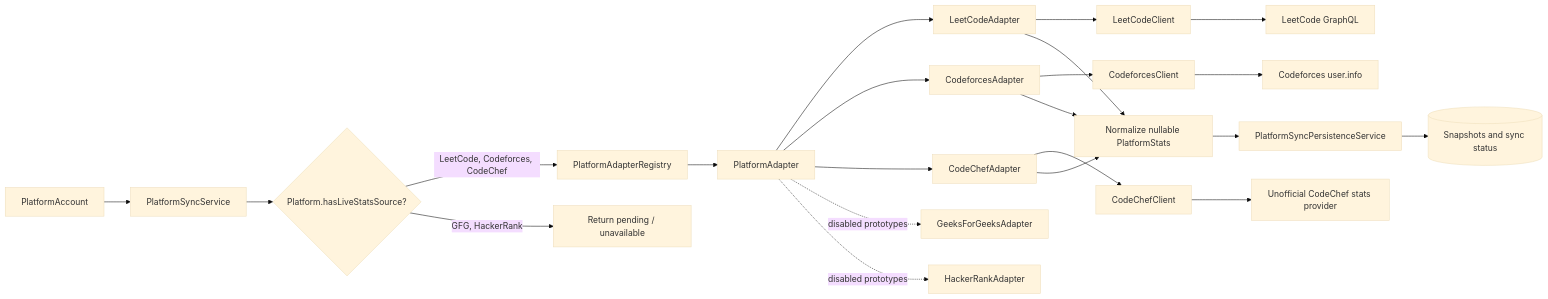
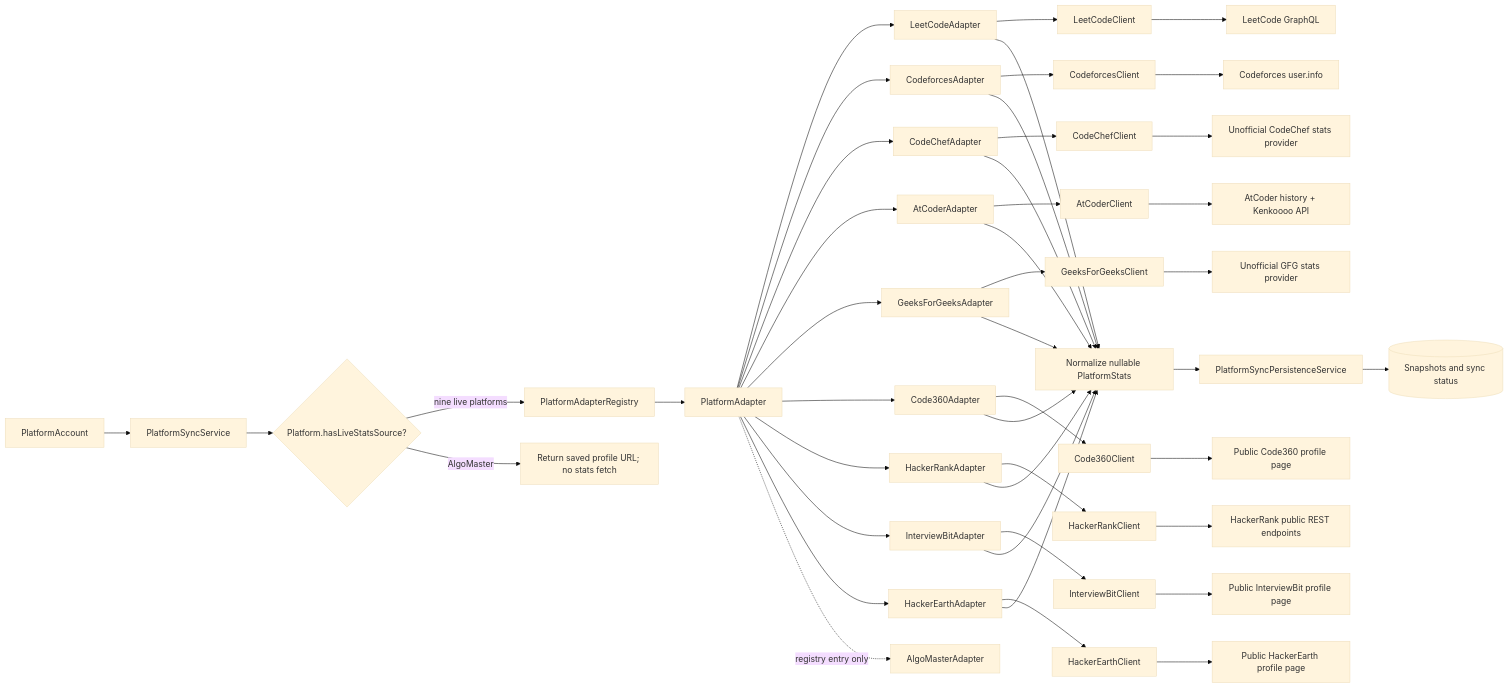
The sixth of 11 diagrams in README.md (sajalgoyal007/KodBTW), drawn with Mermaid (base theme) before and after one commit. The commit also changed other lines of this file and 83 other files, not shown here.

First line of the commit message:
feat: add multi-platform profile adapters for all ten platforms

````diff
--- a/README.md
+++ b/README.md
@@ -290,24 +301,47 @@
 ```mermaid
 flowchart LR
   Account[PlatformAccount] --> Sync[PlatformSyncService]
   Sync --> Gate{Platform.hasLiveStatsSource?}
-  Gate -->|LeetCode, Codeforces, CodeChef| Registry[PlatformAdapterRegistry]
-  Gate -->|GFG, HackerRank| Pending[Return pending / unavailable]
+  Gate -->|nine live platforms| Registry[PlatformAdapterRegistry]
+  Gate -->|AlgoMaster| LinkOnly[Return saved profile URL; no stats fetch]
   Registry --> Interface[PlatformAdapter]
   Interface --> LC[LeetCodeAdapter]
   Interface --> CF[CodeforcesAdapter]
   Interface --> CC[CodeChefAdapter]
-  Interface -. disabled prototypes .-> GFG[GeeksForGeeksAdapter]
-  Interface -. disabled prototypes .-> HR[HackerRankAdapter]
+  Interface --> AC[AtCoderAdapter]
+  Interface --> GFG[GeeksForGeeksAdapter]
+  Interface --> C360[Code360Adapter]
+  Interface --> HR[HackerRankAdapter]
+  Interface --> IB[InterviewBitAdapter]
+  Interface --> HE[HackerEarthAdapter]
+  Interface -. registry entry only .-> AM[AlgoMasterAdapter]
   LC --> LCC[LeetCodeClient]
   CF --> CFC[CodeforcesClient]
   CC --> CCC[CodeChefClient]
+  AC --> ACC[AtCoderClient]
+  GFG --> GFGC[GeeksForGeeksClient]
+  C360 --> C360C[Code360Client]
+  HR --> HRC[HackerRankClient]
+  IB --> IBC[InterviewBitClient]
+  HE --> HEC[HackerEarthClient]
   LCC --> API1[LeetCode GraphQL]
   CFC --> API2[Codeforces user.info]
   CCC --> API3[Unofficial CodeChef stats provider]
+  ACC --> API4[AtCoder history + Kenkoooo API]
+  GFGC --> API5[Unofficial GFG stats provider]
+  C360C --> API6[Public Code360 profile page]
+  HRC --> API7[HackerRank public REST endpoints]
+  IBC --> API8[Public InterviewBit profile page]
+  HEC --> API9[Public HackerEarth profile page]
   LC --> Normalize[Normalize nullable PlatformStats]
   CF --> Normalize
   CC --> Normalize
+  AC --> Normalize
+  GFG --> Normalize
+  C360 --> Normalize
+  HR --> Normalize
+  IB --> Normalize
+  HE --> Normalize
   Normalize --> Persist[PlatformSyncPersistenceService]
   Persist --> Snapshot[(Snapshots and sync status)]
 ```
````
